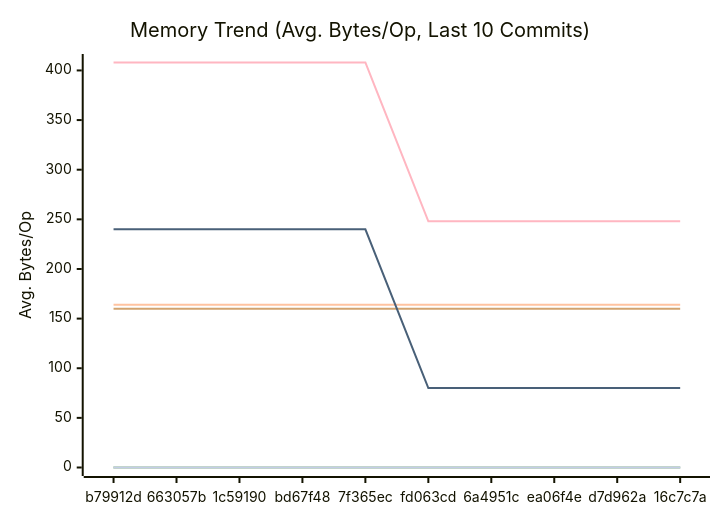
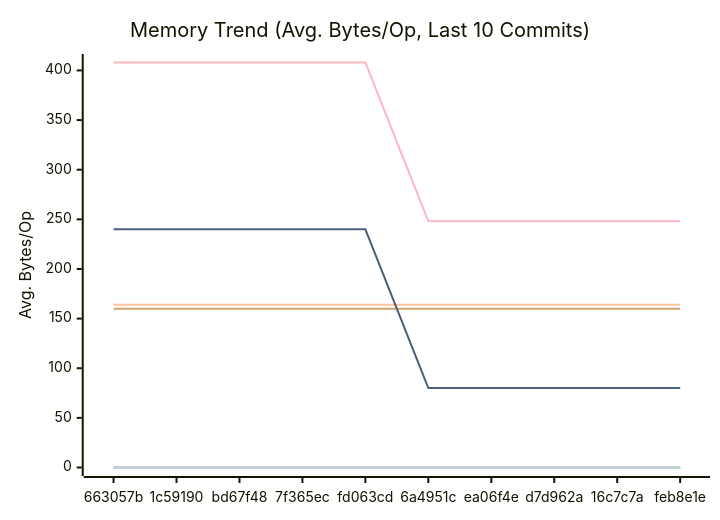
The second of 3 diagrams in docs/PERFORMANCE.md (alsotoes/momo), drawn with Mermaid before and after one commit. The commit also changed other lines of this file and 3 other files, not shown here.

````diff
--- a/docs/PERFORMANCE.md
+++ b/docs/PERFORMANCE.md
@@ -97,16 +97,16 @@
 ```mermaid
 xychart-beta
     title "Memory Trend (Avg. Bytes/Op, Last 10 Commits)"
     x-axis "Commit"
     y-axis "Avg. Bytes/Op"
-    x-axis [b79912d,663057b,1c59190,bd67f48,7f365ec,fd063cd,6a4951c,ea06f4e,d7d962a,16c7c7a]
+    x-axis [663057b,1c59190,bd67f48,7f365ec,fd063cd,6a4951c,ea06f4e,d7d962a,16c7c7a,feb8e1e]
     line "CheckMetricsAndSwap" [0,0,0,0,0,0,0,0,0,0]
     line "CrushOptimized" [0,0,0,0,0,0,0,0,0,0]
     line "CrushOriginal" [164,164,164,164,164,164,164,164,164,164]
     line "IndexDirectTracking" [0,0,0,0,0,0,0,0,0,0]
     line "IndexSearch" [0,0,0,0,0,0,0,0,0,0]
     line "LoadGlobalConfig" [160,160,160,160,160,160,160,160,160,160]
     line "PadString" [0,0,0,0,0,0,0,0,0,0]
     line "ParseReplicationOrder_NoPrealloc" [408,408,408,408,408,248,248,248,248,248]
     line "ParseReplicationOrder_Prealloc" [240,240,240,240,240,80,80,80,80,80]
 ```
````
